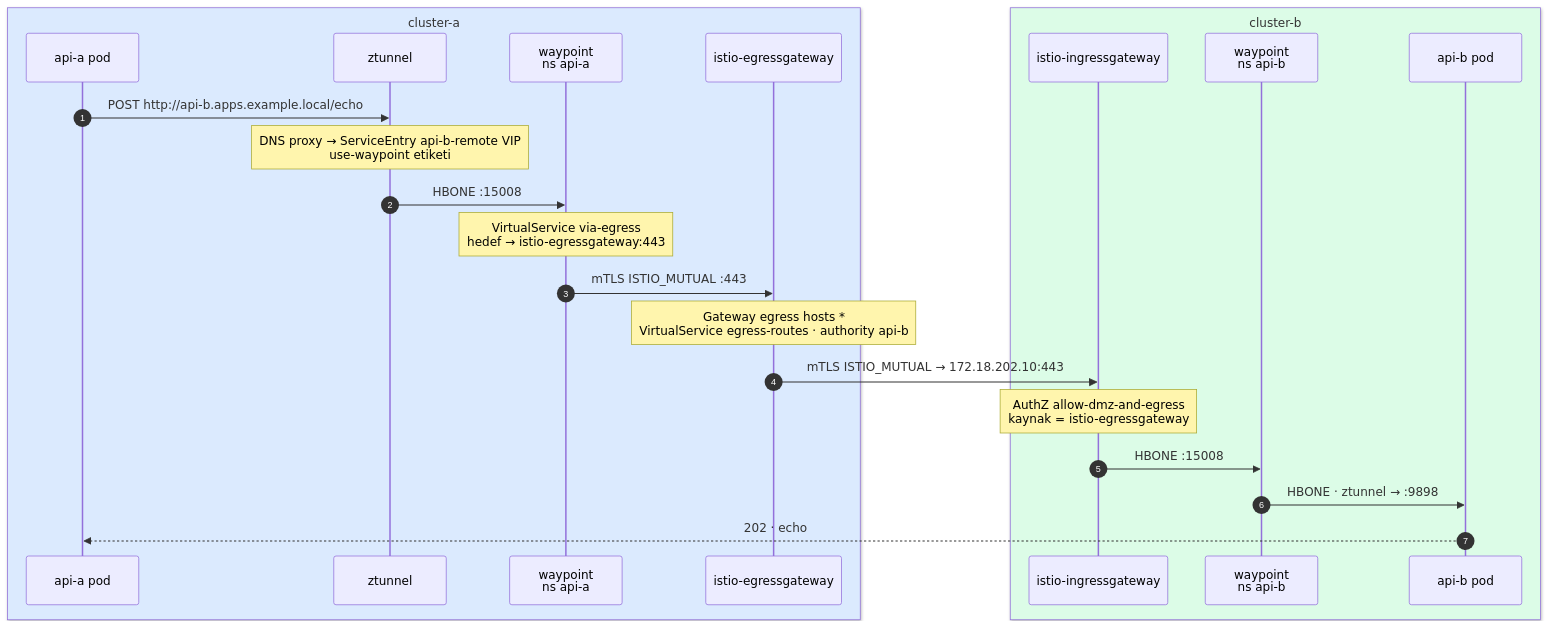
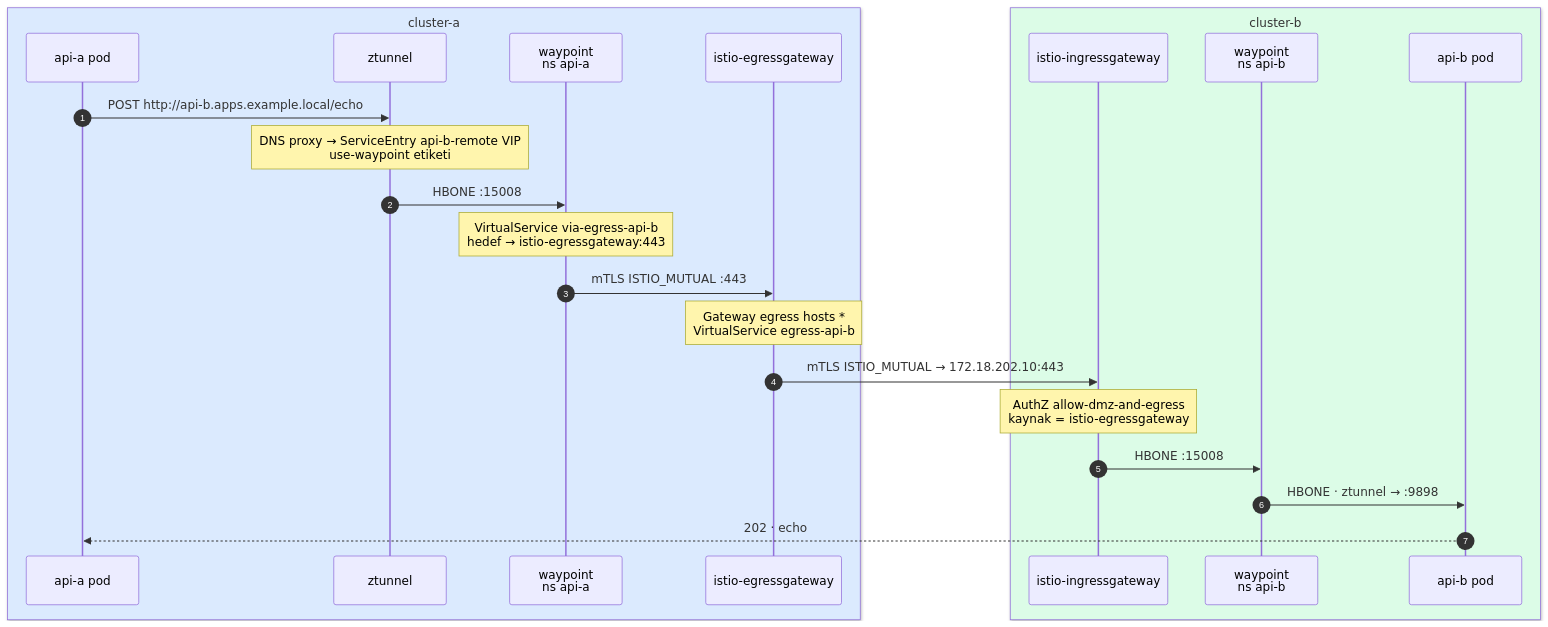
The fifth of 10 diagrams in README.md (olgunyldz/service-mesh-lab), drawn with Mermaid before and after one commit. The commit also changed other lines of this file and 23 other files, not shown here.

````diff
--- a/README.md
+++ b/README.md
@@ -222,27 +226,27 @@
 ```mermaid
 sequenceDiagram
     autonumber
     box rgb(219,234,254) cluster-a
         participant A as api-a pod
         participant ZA as ztunnel
         participant WA as waypoint<br/>ns api-a
         participant E as istio-egressgateway
     end
     box rgb(220,252,231) cluster-b
         participant G as istio-ingressgateway
         participant WB as waypoint<br/>ns api-b
         participant B as api-b pod
     end
 
     A->>ZA: POST http://api-b.apps.example.local/echo
     Note over ZA: DNS proxy → ServiceEntry api-b-remote VIP<br/>use-waypoint etiketi
     ZA->>WA: HBONE :15008
-    Note over WA: VirtualService via-egress<br/>hedef → istio-egressgateway:443
+    Note over WA: VirtualService via-egress-api-b<br/>hedef → istio-egressgateway:443
     WA->>E: mTLS ISTIO_MUTUAL :443
-    Note over E: Gateway egress hosts *<br/>VirtualService egress-routes · authority api-b
+    Note over E: Gateway egress hosts *<br/>VirtualService egress-api-b
     E->>G: mTLS ISTIO_MUTUAL → 172.18.202.10:443
     Note over G: AuthZ allow-dmz-and-egress<br/>kaynak = istio-egressgateway
     G->>WB: HBONE :15008
     WB->>B: HBONE · ztunnel → :9898
     B-->>A: 202 · echo
 ```
````
